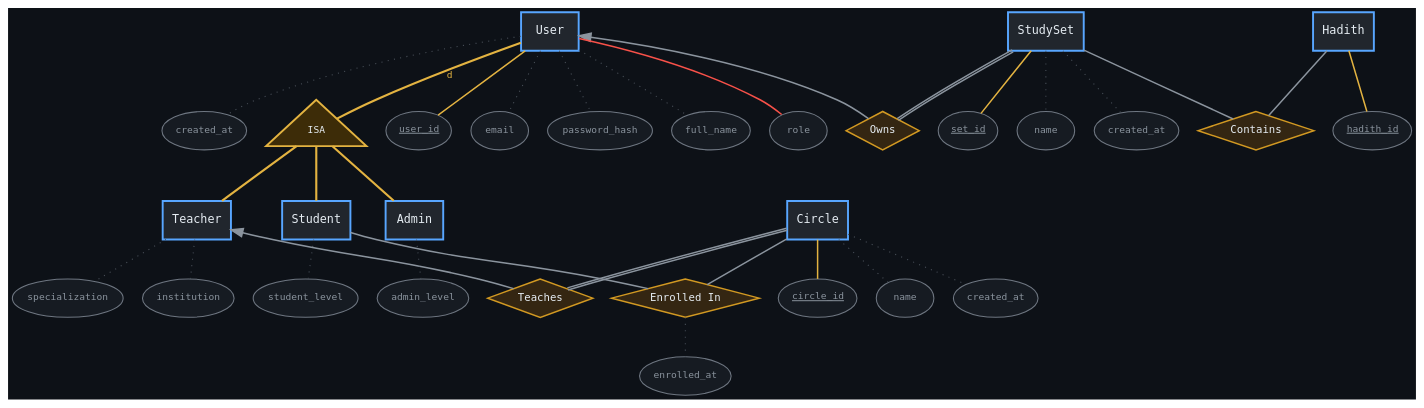
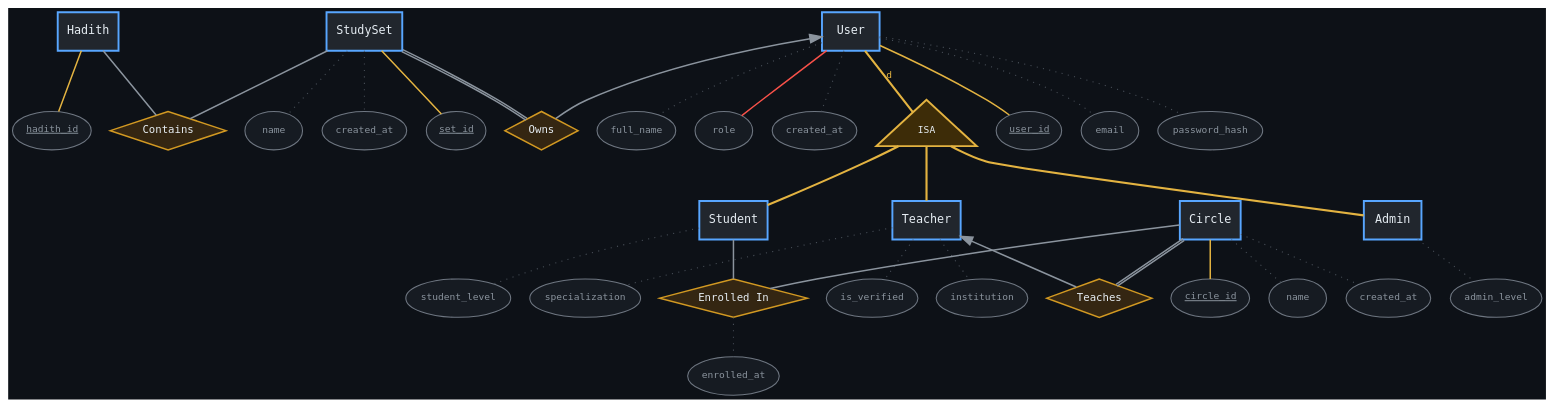
One commit to Kamrulhasan12345/ilham changed the diagram in docs/erd/chen/users.dot. Above: the diagram before and after it, drawn with Graphviz. The commit also changed 22 other files, not shown here.

```diff
--- a/docs/erd/chen/users.dot
+++ b/docs/erd/chen/users.dot
@@ -1,94 +1,96 @@
 digraph ERD_Users {
     bgcolor="#0D1117";
     splines=spline;
     overlap=prism;
     sep="+8";
     esep="+4";
     K=1.1;
     graph [fontname="DejaVu Sans Mono", fontcolor="#C9D1D9"];
     node [fontname="DejaVu Sans Mono", fontsize=11];
     // Cardinality is carried by arrowheads, not 1/N labels. The arrow points at
     // the "one" side: filled = exactly one, hollow = at most one, none = many.
     // Written `Entity -> Relationship`, so the head lands on the tail (dir=back).
     // dir=none is the graph-level default -- attribute and ISA edges stay plain.
     edge [fontname="DejaVu Sans Mono", fontsize=9, color="#8B949E", fontcolor="#C9D1D9", dir=none, arrowsize=1.1];
 
     // Entity boxes
     node [shape=box, style="filled,bold", penwidth=1.8, fillcolor="#21262D", color="#58A6FF", fontcolor="#E6EDF3"];
     User; Student; Teacher; Admin; Circle; StudySet; Hadith;
 
     // ISA triangle — declared inline. Never set `label` in a `node [...]` default:
     // it leaks to every bare-declared node that follows.
     // fixedsize keeps the apex from ballooning: a free-sized triangle pads the
     // label out to the full base width and dwarfs the entities around it.
     isa_user [shape=triangle, fixedsize=true, width=1.3, height=0.8, fontsize=9,
               style=filled, fillcolor="#3D2C08", color="#E3B341", fontcolor="#E6EDF3",
               label="ISA"];
 
     // Relationship diamonds
     node [shape=diamond, style=filled, fillcolor="#342612", color="#D29922", penwidth=1.4, fontsize=10, fontcolor="#E6EDF3"];
     Teaches         [label="Teaches"];
     EnrolledIn      [label="Enrolled In"];
     Owns            [label="Owns"];
     Contains_SetHad [label="Contains"];
 
     // Attribute ellipses
     node [shape=ellipse, style="filled", fillcolor="#161B22", color="#6E7681", penwidth=1, fontsize=9, fontcolor="#8B949E"];
     user_id [label=<<U>user_id</U>>];
     email;
     password_hash;
     full_name;
     role;
     created_at;
     student_level;
     institution;
     specialization;
+    is_verified;
     admin_level;
     enrolled_at;
     circle_id [label=<<U>circle_id</U>>];
     circle_name [label="name"];
     circ_created [label="created_at"];
     set_id [label=<<U>set_id</U>>];
     set_name [label="name"];
     set_created [label="created_at"];
     hadith_id [label=<<U>hadith_id</U>>];
 
     // Attribute edges — gold solid = key, grey dotted = ordinary
     edge [color="#484F58", style=dotted];
     User -> user_id [color="#E3B341", style=solid, penwidth=1.4];
     User -> email;
     User -> password_hash;
     User -> full_name;
     User -> role [color="#F85149", style=solid, penwidth=1.4];   // ISA discriminator
     User -> created_at;
     Student -> student_level;
     Teacher -> institution;
     Teacher -> specialization;
+    Teacher -> is_verified;
     Admin -> admin_level;
     EnrolledIn -> enrolled_at;
     Circle -> circle_id [color="#E3B341", style=solid, penwidth=1.4];
     Circle -> circle_name;
     Circle -> circ_created;
     StudySet -> set_id [color="#E3B341", style=solid, penwidth=1.4];
     StudySet -> set_name;
     StudySet -> set_created;
     Hadith -> hadith_id [color="#E3B341", style=solid, penwidth=1.4];
 
     // ISA edges — d = disjoint, carried on the supertype edge
     edge [color="#E3B341", style=solid, penwidth=2, fontcolor="#E3B341"];
     User -> isa_user [label="d"];
     isa_user -> Student;
     isa_user -> Teacher;
     isa_user -> Admin;
 
     // Relationships
     edge [color="#8B949E", style=solid, fontsize=11, fontcolor="#C9D1D9", penwidth=1.4];
     Teacher -> Teaches [dir=back, arrowtail=normal];
     Circle  -> Teaches [color="#8B949E:#8B949E"];
     Student -> EnrolledIn;
     Circle  -> EnrolledIn;
     User     -> Owns [dir=back, arrowtail=normal];
     StudySet -> Owns [color="#8B949E:#8B949E"];
     StudySet -> Contains_SetHad;
     Hadith   -> Contains_SetHad;
 }
```
